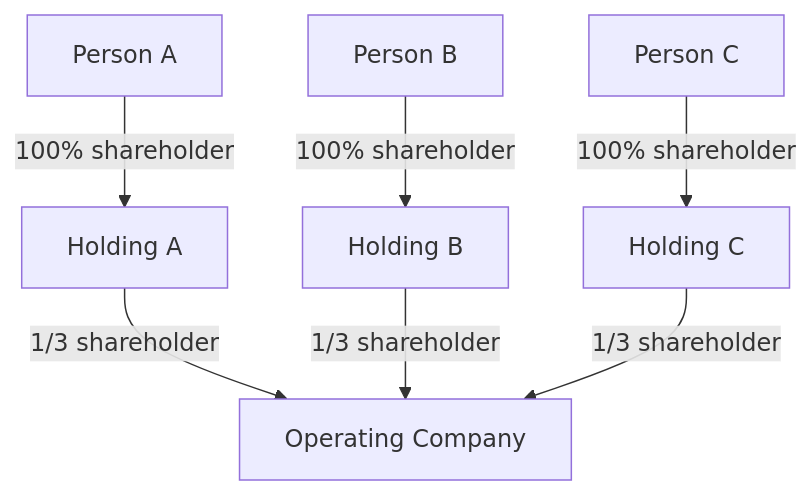
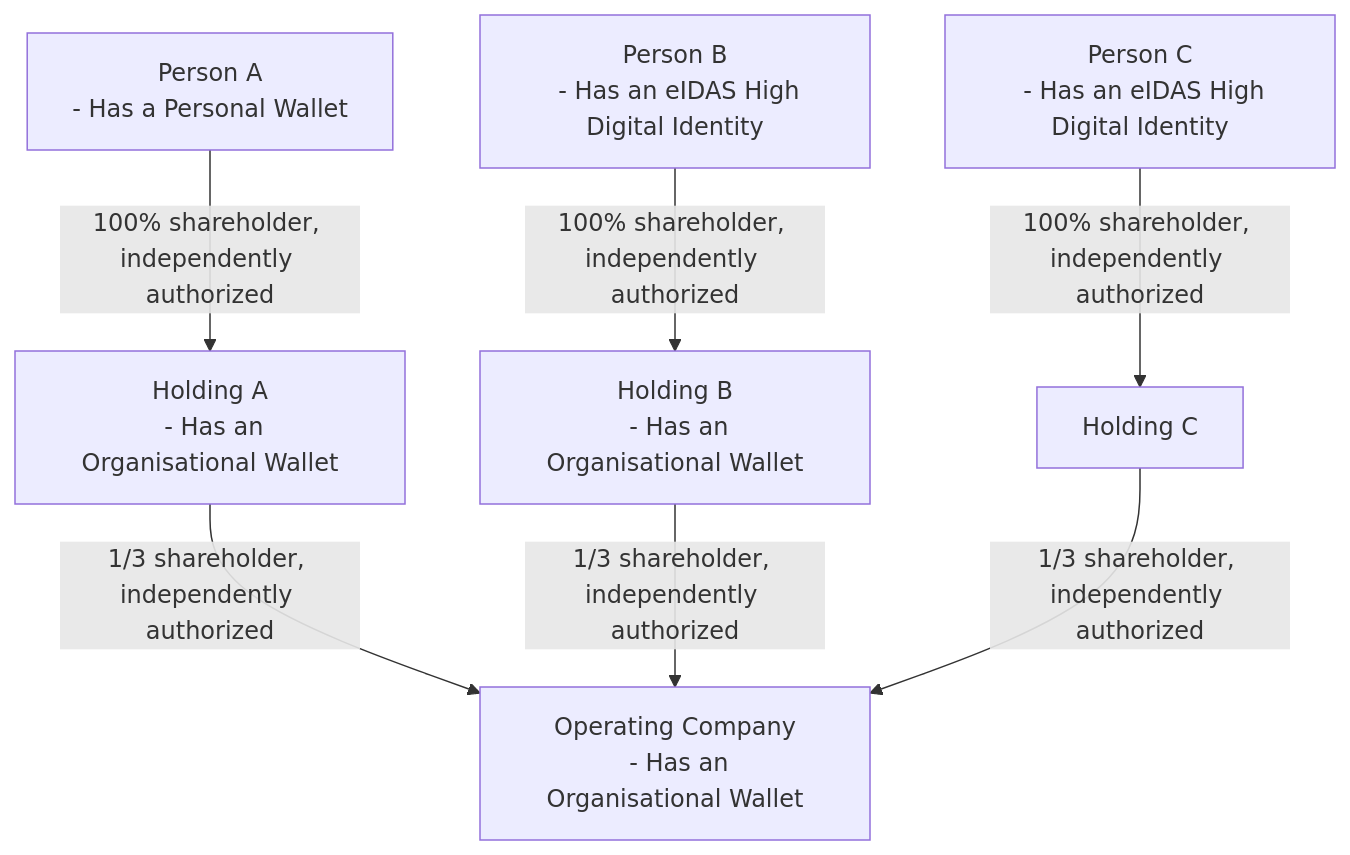
Before and after one commit to FIDEScommunity/CompanyPassport: the first of 3 diagrams in pages/functional/use-cases/founding-a-company.mdx, drawn with Mermaid. The commit also changed other lines of this file and 11 other files, not shown here.

````diff
--- a/pages/functional/use-cases/founding-a-company.mdx
+++ b/pages/functional/use-cases/founding-a-company.mdx
@@ -86,17 +86,23 @@
 ```mermaid
 flowchart TD;
-  Person_A["Person A"]
-  Person_B["Person B"]
-  Person_C["Person C"]
-  Holding_A["Holding A"]
-  Holding_B["Holding B"]
+  Operating_company["Operating Company
+  - Has an Organisational Wallet"]
+  Holding_A["Holding A
+  - Has an Organisational Wallet"]
+  Holding_B["Holding B
+  - Has an Organisational Wallet"]
   Holding_C["Holding C"]
-  Operating_company["Operating Company"]
+  Person_A["Person A
+  - Has a Personal Wallet"]
+  Person_B["Person B
+  - Has an eIDAS High Digital Identity"]
+  Person_C["Person C
+  - Has an eIDAS High Digital Identity"]
 
-  Person_A--> |100% shareholder| Holding_A;
-  Person_B--> |100% shareholder| Holding_B;
-  Person_C--> |100% shareholder| Holding_C;
-  Holding_A--> |1/3 shareholder| Operating_company;
-  Holding_B--> |1/3 shareholder| Operating_company;
-  Holding_C--> |1/3 shareholder| Operating_company;
+  Person_A--> |100% shareholder, independently authorized| Holding_A;
+  Person_B--> |100% shareholder, independently authorized| Holding_B;
+  Person_C--> |100% shareholder, independently authorized| Holding_C;
+  Holding_A--> |1/3 shareholder, independently authorized| Operating_company;
+  Holding_B--> |1/3 shareholder, independently authorized| Operating_company;
+  Holding_C--> |1/3 shareholder, independently authorized| Operating_company;
 ```
````
